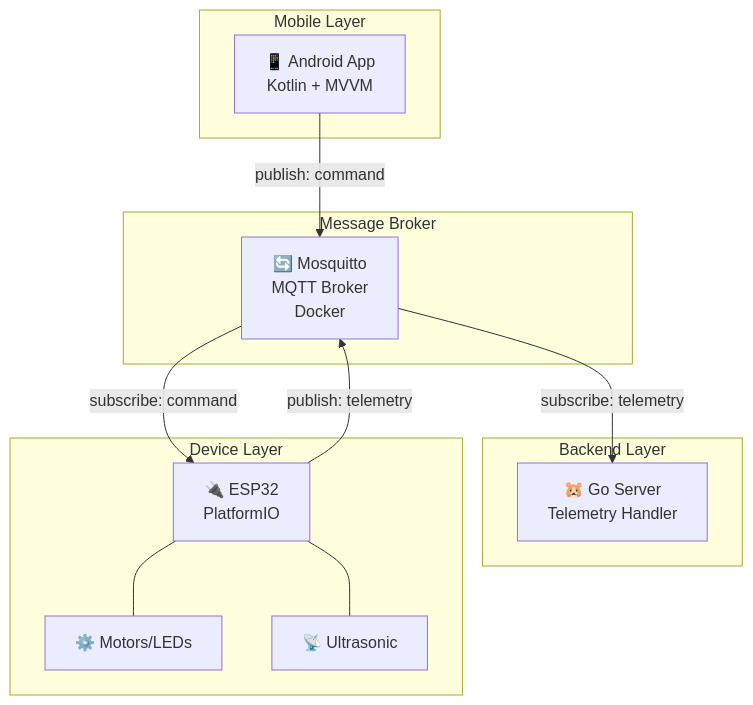
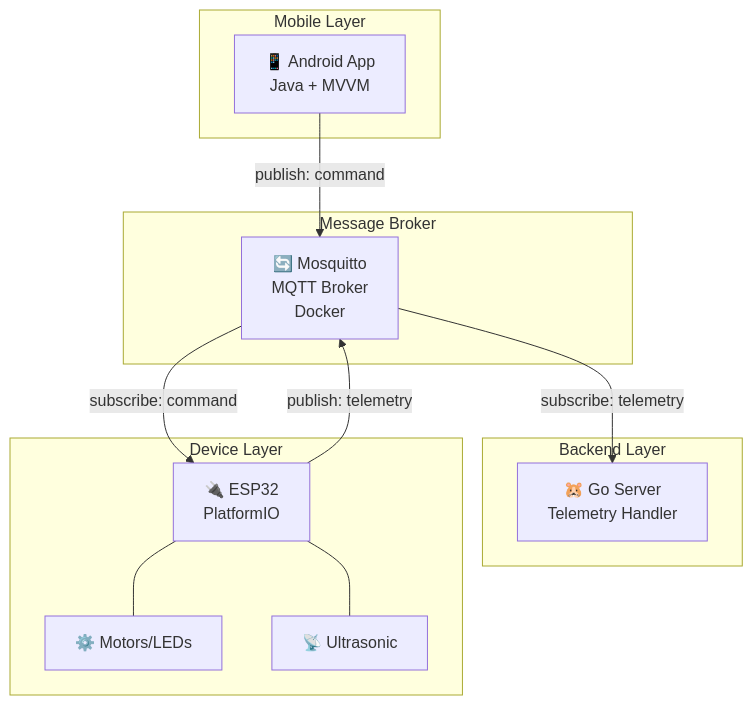
One commit to janak-dev2002/eps32-iot-car-mqtt changed the first of 3 diagrams in docs/architecture/System_Architecture.md. Above: the diagram before and after it, drawn with Mermaid. The commit also changed 8 other files, not shown here.

````diff
--- a/docs/architecture/System_Architecture.md
+++ b/docs/architecture/System_Architecture.md
@@ -7,27 +7,27 @@
 ```mermaid
 graph TB
     subgraph "Mobile Layer"
-        APP[📱 Android App<br/>Kotlin + MVVM]
+        APP[📱 Android App<br/>Java + MVVM]
     end
     
     subgraph "Message Broker"
         MQTT[🔄 Mosquitto<br/>MQTT Broker<br/>Docker]
     end
     
     subgraph "Backend Layer"
         GO[🐹 Go Server<br/>Telemetry Handler]
     end
     
     subgraph "Device Layer"
         ESP[🔌 ESP32<br/>PlatformIO]
         MOTOR[⚙️ Motors/LEDs]
         SENSOR[📡 Ultrasonic]
     end
     
     APP -->|"publish: command"| MQTT
     MQTT -->|"subscribe: command"| ESP
     ESP -->|"publish: telemetry"| MQTT
     MQTT -->|"subscribe: telemetry"| GO
     ESP --- MOTOR
     ESP --- SENSOR
 ```
````
